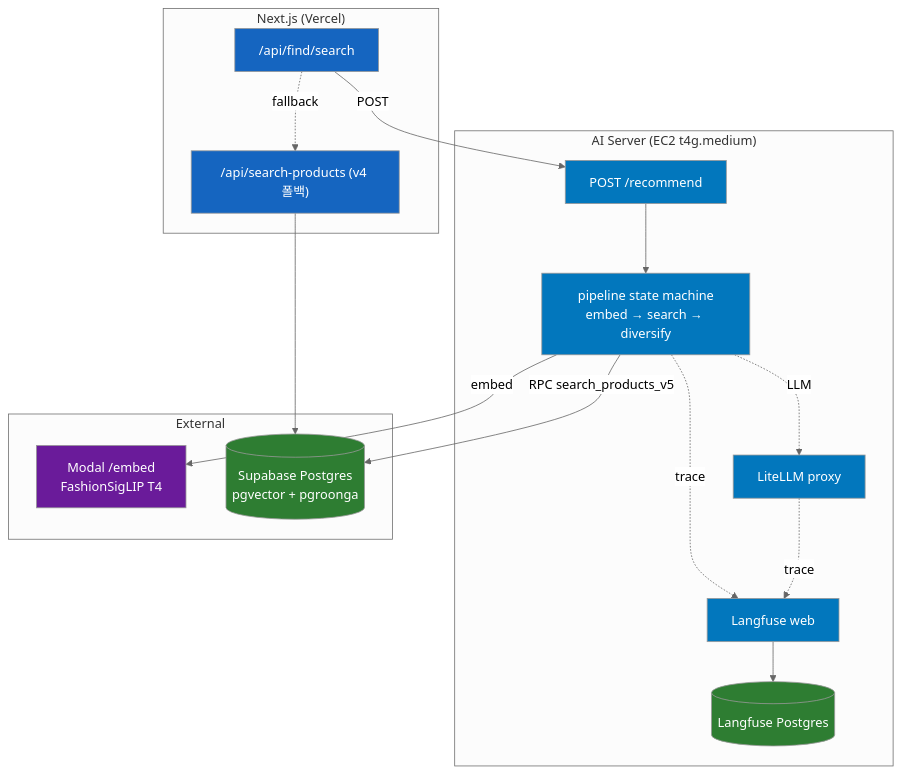
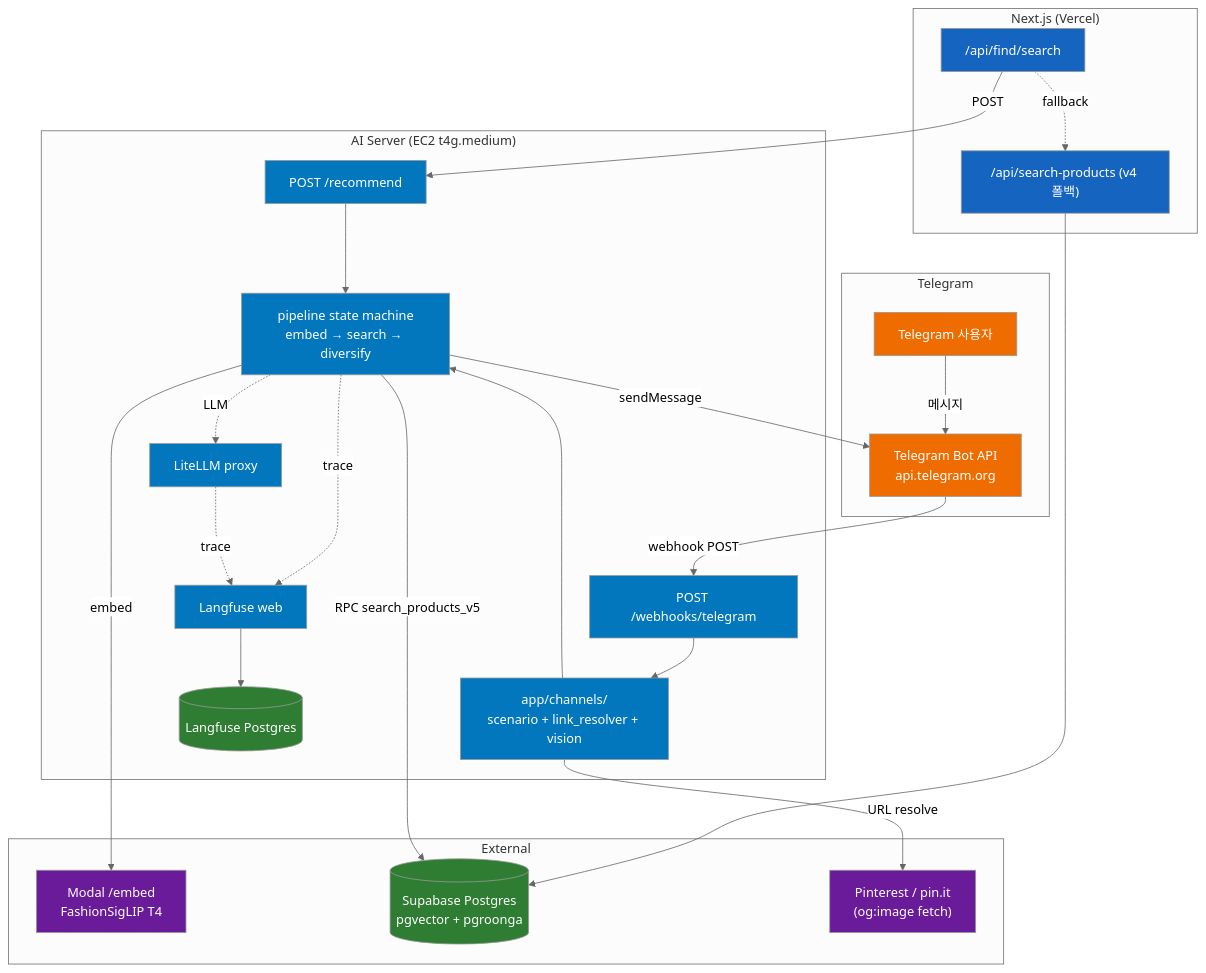
One commit to endurance-ai/ai-server changed the diagram in docs/ARCHITECTURE.md. Above: the diagram before and after it, drawn with Mermaid (neutral theme). The commit also changed other lines of this file and 3 other files, not shown here.

````diff
--- a/docs/ARCHITECTURE.md
+++ b/docs/ARCHITECTURE.md
@@ -28,42 +32,59 @@
 ```mermaid
 graph TB
     subgraph App["Next.js (Vercel)"]
         FIND["/api/find/search"]
         V4["/api/search-products (v4 폴백)"]
     end
 
+    subgraph Chat["Telegram"]
+        TG_USER["Telegram 사용자"]
+        TG_API["Telegram Bot API<br/>api.telegram.org"]
+    end
+
     subgraph AI["AI Server (EC2 t4g.medium)"]
         REC["POST /recommend"]
+        WH["POST /webhooks/telegram"]
+        CHAN["app/channels/<br/>scenario + link_resolver + vision"]
         PIPE["pipeline state machine<br/>embed → search → diversify"]
         LITELLM["LiteLLM proxy"]
         LFW["Langfuse web"]
         LFDB[("Langfuse Postgres")]
     end
 
     subgraph External["External"]
         MODAL["Modal /embed<br/>FashionSigLIP T4"]
         SB[("Supabase Postgres<br/>pgvector + pgroonga")]
+        PIN["Pinterest / pin.it<br/>(og:image fetch)"]
     end
 
     FIND -->|POST| REC
     FIND -.fallback.-> V4
     V4 --> SB
+
+    TG_USER -->|메시지| TG_API
+    TG_API -->|webhook POST| WH
+    WH --> CHAN
+    CHAN -->|URL resolve| PIN
+    CHAN --> PIPE
+    PIPE -->|sendMessage| TG_API
 
     REC --> PIPE
     PIPE -->|embed| MODAL
     PIPE -->|RPC search_products_v5| SB
     PIPE -. trace .-> LFW
     PIPE -. LLM .-> LITELLM
     LITELLM -. trace .-> LFW
     LFW --> LFDB
 
     classDef app fill:#1565c0,color:#fff
     classDef ai fill:#0277bd,color:#fff
     classDef ext fill:#6a1b9a,color:#fff
     classDef data fill:#2e7d32,color:#fff
+    classDef chat fill:#ef6c00,color:#fff
 
     class FIND,V4 app
-    class REC,PIPE,LITELLM,LFW ai
-    class MODAL ext
+    class REC,WH,CHAN,PIPE,LITELLM,LFW ai
+    class MODAL,PIN ext
     class SB,LFDB data
+    class TG_USER,TG_API chat
 ```
````
